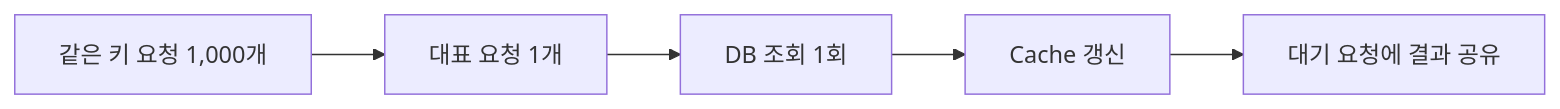
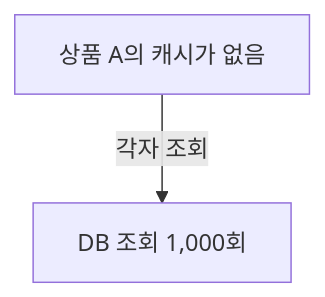
Before and after one commit to jhkimm96/jihee-portfolio: the first of 2 diagrams in content/study/cs/cache-stampede-and-single-flight.mdx, drawn with Mermaid. The commit also changed other lines of this file and 3 other files, not shown here.

````diff
--- a/content/study/cs/cache-stampede-and-single-flight.mdx
+++ b/content/study/cs/cache-stampede-and-single-flight.mdx
@@ -50,7 +40,4 @@
 ```mermaid
-flowchart LR
-    requests["같은 키 요청 1,000개"] --> leader["대표 요청 1개"]
-    leader --> db["DB 조회 1회"]
-    db --> cache["Cache 갱신"]
-    cache --> followers["대기 요청에 결과 공유"]
+flowchart TD
+    miss["상품 A의 캐시가 없음"] -->|"각자 조회"| db["DB 조회 1,000회"]
 ```
````
